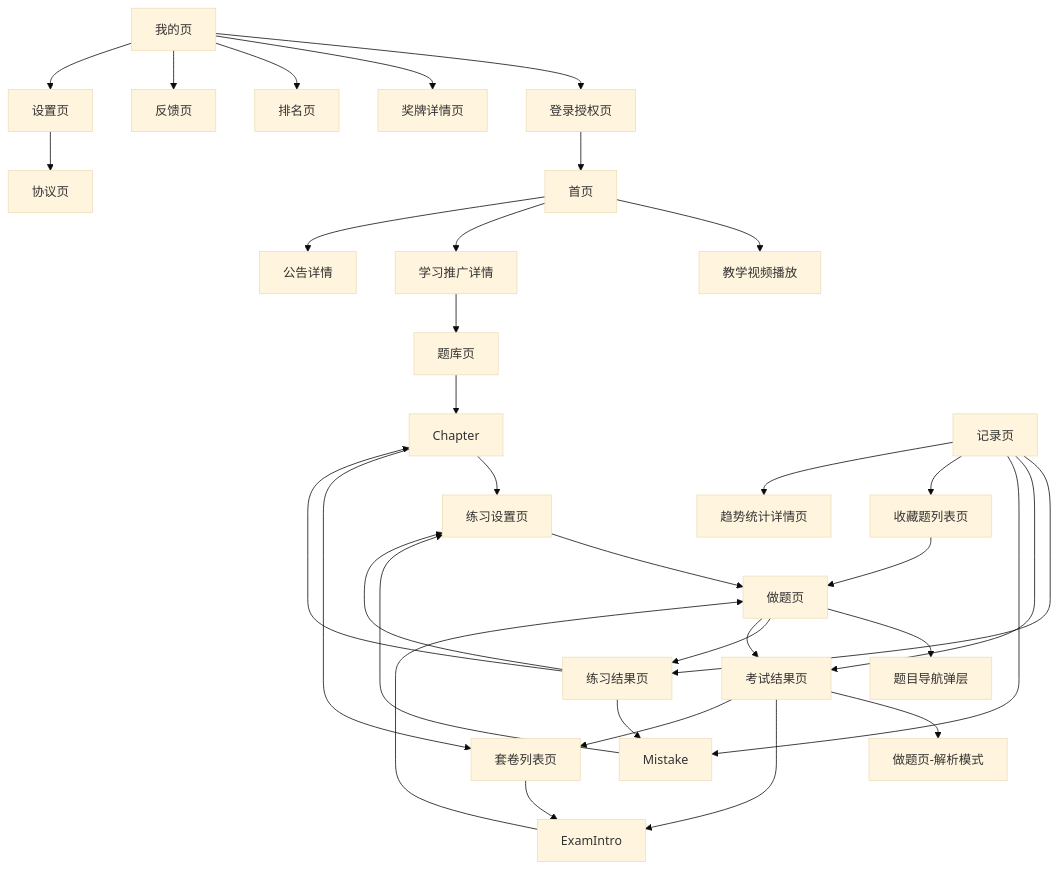
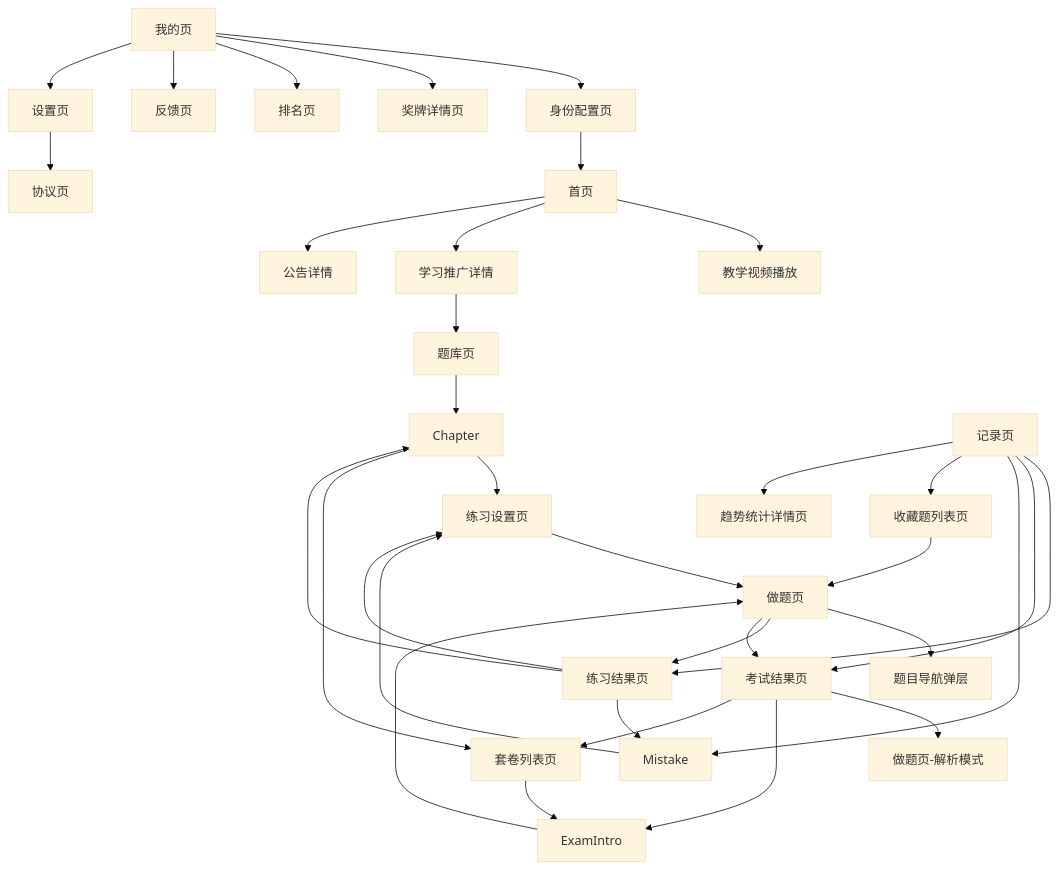
Before and after one commit to luxuyuan-candi/NJY_zuoti_Be: the first of 2 diagrams in docs/miniapp-page-flow-design.md, drawn with Mermaid (base theme). The commit also changed other lines of this file and 2 other files, not shown here.

Commit message:
Document deployment and profile flow updates

````diff
--- a/docs/miniapp-page-flow-design.md
+++ b/docs/miniapp-page-flow-design.md
@@ -401,43 +404,43 @@
 ```mermaid
 flowchart TD
   Home["首页"] --> Video["教学视频播放"]
   Home --> Promotion["学习推广详情"]
   Home --> Notice["公告详情"]
   Promotion --> Bank["题库页"]
 
   Bank["题库页"] --> Chapter
   Chapter --> PracticeSettings["练习设置页"]
   Chapter --> PaperList["套卷列表页"]
   PaperList --> ExamIntro
 
   PracticeSettings --> Answer["做题页"]
   ExamIntro --> Answer
   Answer --> QuestionNav["题目导航弹层"]
   Answer --> PracticeResult["练习结果页"]
   Answer --> ExamResult["考试结果页"]
 
   PracticeResult --> Mistake
   PracticeResult --> PracticeSettings
   PracticeResult --> Chapter
 
   ExamResult --> AnswerReview["做题页-解析模式"]
   ExamResult --> ExamIntro
   ExamResult --> PaperList
 
   Record["记录页"] --> PracticeResult
   Record --> ExamResult
   Record --> Mistake
   Record --> Favorite["收藏题列表页"]
   Record --> Trend["趋势统计详情页"]
 
-  Profile["我的页"] --> Login["登录授权页"]
+  Profile["我的页"] --> Login["身份配置页"]
   Profile --> Medal["奖牌详情页"]
   Profile --> Ranking["排名页"]
   Profile --> Feedback["反馈页"]
   Profile --> Settings["设置页"]
 
   Mistake --> PracticeSettings
   Favorite --> Answer
   Settings --> Agreement["协议页"]
   Login --> Home
 ```
````
